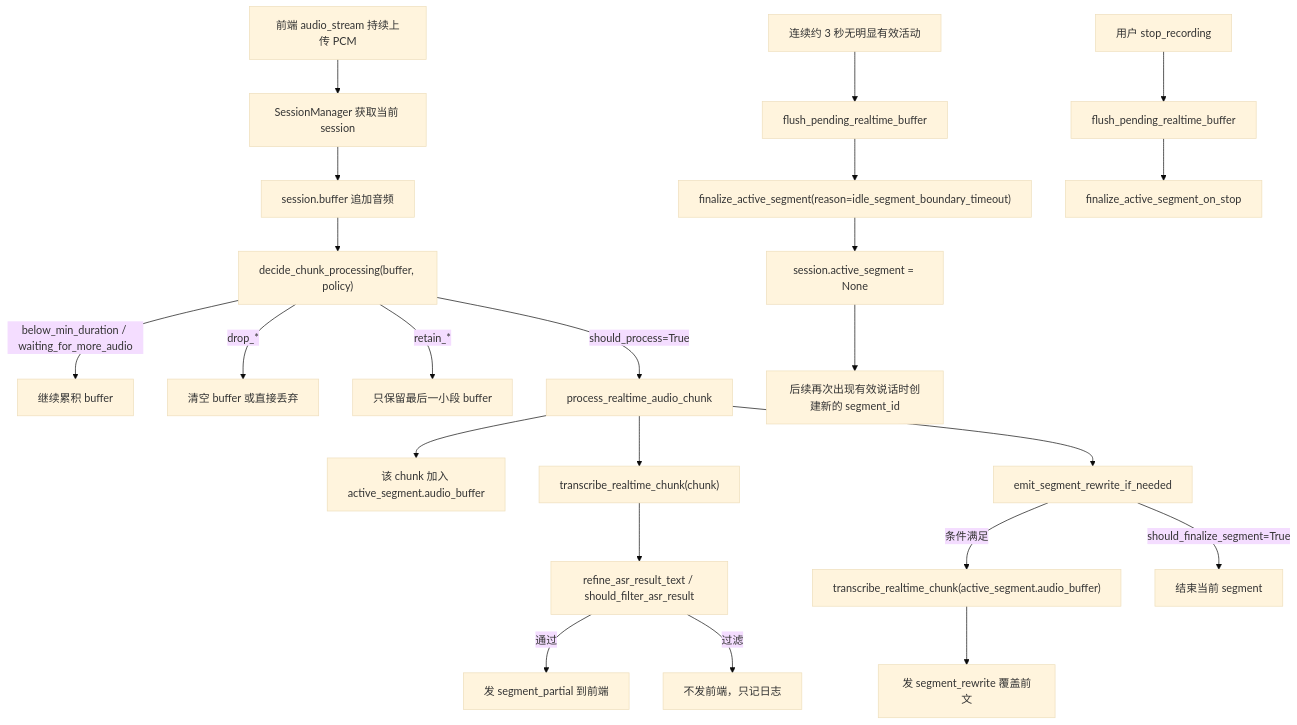
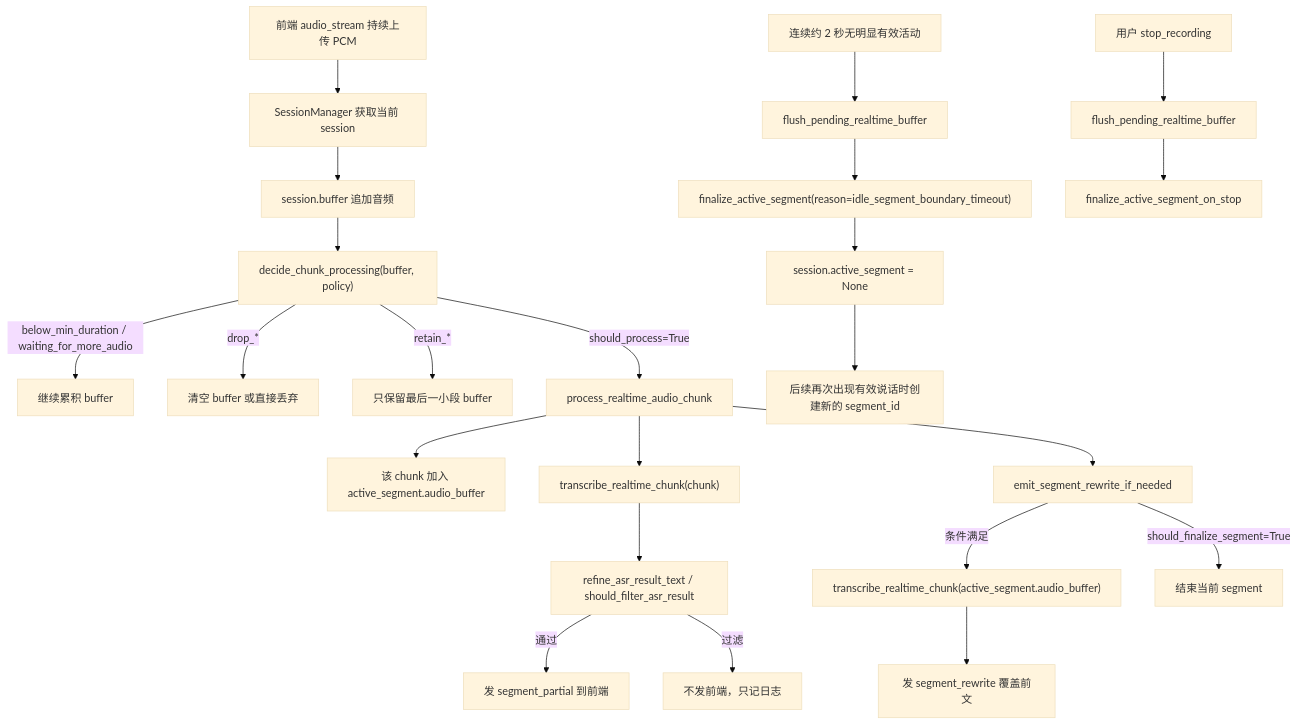
One commit to iicanfly/asr_project changed the first of 2 diagrams in docs/PM/REALTIME_ASR_CURRENT_IMPLEMENTATION.md. Above: the diagram before and after it, drawn with Mermaid (base theme). The commit also changed 7 other files, not shown here.

````diff
--- a/docs/PM/REALTIME_ASR_CURRENT_IMPLEMENTATION.md
+++ b/docs/PM/REALTIME_ASR_CURRENT_IMPLEMENTATION.md
@@ -40,30 +40,30 @@
 ```mermaid
 flowchart TD
     A["前端 audio_stream 持续上传 PCM"] --> B["SessionManager 获取当前 session"]
     B --> C["session.buffer 追加音频"]
     C --> D["decide_chunk_processing(buffer, policy)"]
 
     D -->|below_min_duration / waiting_for_more_audio| E["继续累积 buffer"]
     D -->|drop_*| F["清空 buffer 或直接丢弃"]
     D -->|retain_*| G["只保留最后一小段 buffer"]
     D -->|should_process=True| H["process_realtime_audio_chunk"]
 
     H --> I["该 chunk 加入 active_segment.audio_buffer"]
     H --> J["transcribe_realtime_chunk(chunk)"]
     J --> K["refine_asr_result_text / should_filter_asr_result"]
     K -->|通过| L["发 segment_partial 到前端"]
     K -->|过滤| M["不发前端，只记日志"]
 
     H --> N["emit_segment_rewrite_if_needed"]
     N -->|条件满足| O["transcribe_realtime_chunk(active_segment.audio_buffer)"]
     O --> P["发 segment_rewrite 覆盖前文"]
     N -->|should_finalize_segment=True| Q["结束当前 segment"]
 
-    U["连续约 3 秒无明显有效活动"] --> V["flush_pending_realtime_buffer"]
+    U["连续约 2 秒无明显有效活动"] --> V["flush_pending_realtime_buffer"]
     V --> W["finalize_active_segment(reason=idle_segment_boundary_timeout)"]
     W --> X["session.active_segment = None"]
     X --> Y["后续再次出现有效说话时创建新的 segment_id"]
 
     R["用户 stop_recording"] --> S["flush_pending_realtime_buffer"]
     S --> T["finalize_active_segment_on_stop"]
 ```
````
